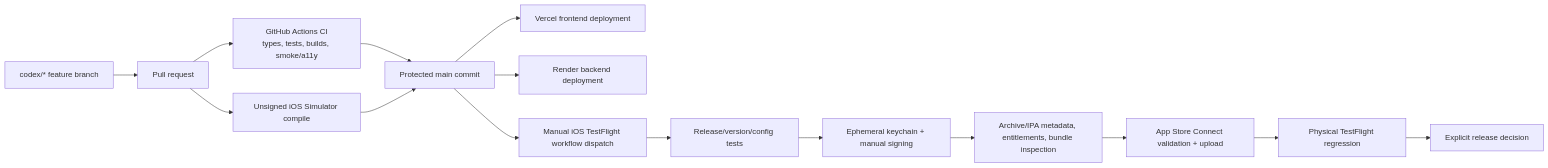
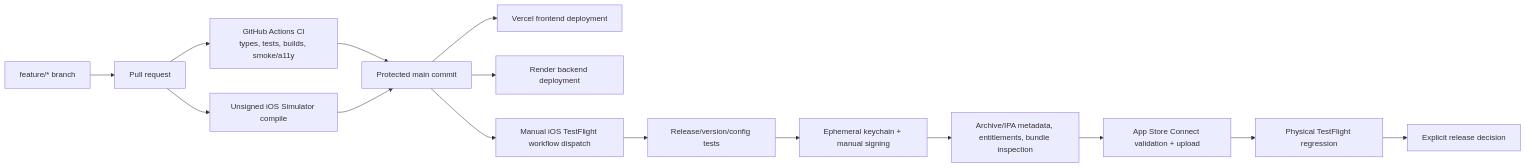
Before and after one commit to Ezaz-Ahmad/WagesTracker: the fourth of 4 diagrams in docs/architecture.md, drawn with Mermaid. The commit also changed other lines of this file and 41 other files, not shown here.

````diff
--- a/docs/architecture.md
+++ b/docs/architecture.md
@@ -121,17 +129,17 @@
 ```mermaid
 flowchart LR
-  BRANCH["codex/* feature branch"] --> PR["Pull request"]
+  BRANCH["feature/* branch"] --> PR["Pull request"]
   PR --> CI["GitHub Actions CI\ntypes, tests, builds, smoke/a11y"]
   PR --> SIM["Unsigned iOS Simulator compile"]
   CI --> MAIN["Protected main commit"]
   SIM --> MAIN
   MAIN --> WEB["Vercel frontend deployment"]
   MAIN --> API["Render backend deployment"]
   MAIN --> MANUAL["Manual iOS TestFlight workflow dispatch"]
   MANUAL --> CHECKS["Release/version/config tests"]
   CHECKS --> SIGN["Ephemeral keychain + manual signing"]
   SIGN --> INSPECT["Archive/IPA metadata, entitlements, bundle inspection"]
   INSPECT --> UPLOAD["App Store Connect validation + upload"]
   UPLOAD --> DEVICE["Physical TestFlight regression"]
   DEVICE --> RELEASE["Explicit release decision"]
 ```
````
